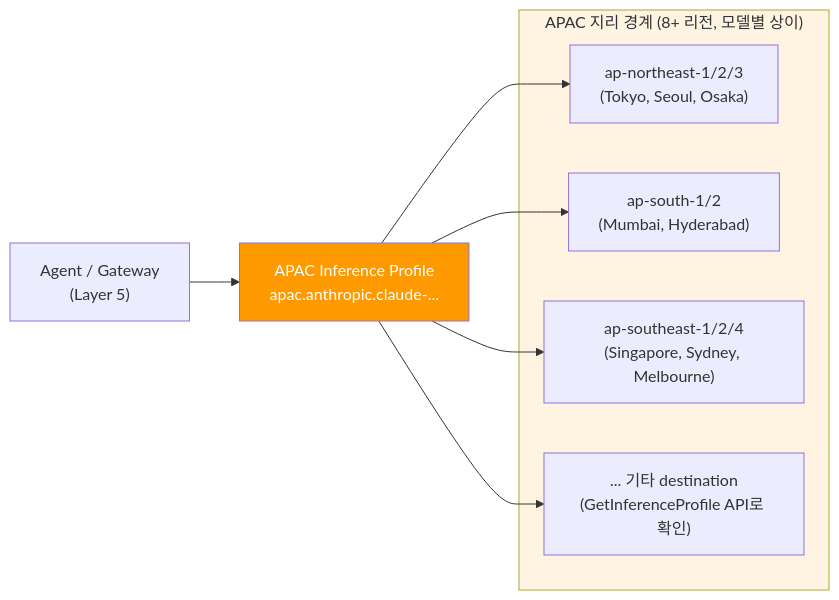
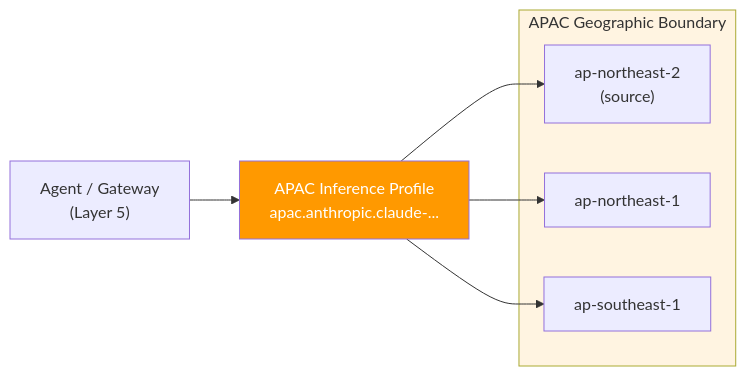
The third of 4 diagrams in docs/agentic-ai-platform/design-architecture/platform-selection/sovereign-hybrid-deployment.md (devfloor9/engineering-playbook), drawn with Mermaid before and after one commit. The commit also changed other lines of this file and 954 other files, not shown here.

````diff
--- a/docs/agentic-ai-platform/design-architecture/platform-selection/sovereign-hybrid-deployment.md
+++ b/docs/agentic-ai-platform/design-architecture/platform-selection/sovereign-hybrid-deployment.md
@@ -179,18 +175,17 @@
 ```mermaid
 flowchart LR
     AGENT["Agent / Gateway<br/>(Layer 5)"]
     PROFILE["APAC Inference Profile<br/>apac.anthropic.claude-..."]
 
-    subgraph APAC["APAC 지리 경계 (8+ 리전, 모델별 상이)"]
-        R1["ap-northeast-1/2/3<br/>(Tokyo, Seoul, Osaka)"]
-        R2["ap-south-1/2<br/>(Mumbai, Hyderabad)"]
-        R3["ap-southeast-1/2/4<br/>(Singapore, Sydney, Melbourne)"]
-        R4["... 기타 destination<br/>(GetInferenceProfile API로 확인)"]
+    subgraph APAC["APAC Geographic Boundary"]
+        R1["ap-northeast-2<br/>(source)"]
+        R2["ap-northeast-1"]
+        R3["ap-southeast-1"]
     end
 
     AGENT --> PROFILE
-    PROFILE --> R1 & R2 & R3 & R4
+    PROFILE --> R1 & R2 & R3
 
     style APAC fill:#fff4e1
     style PROFILE fill:#ff9900,color:#fff
 ```
````
